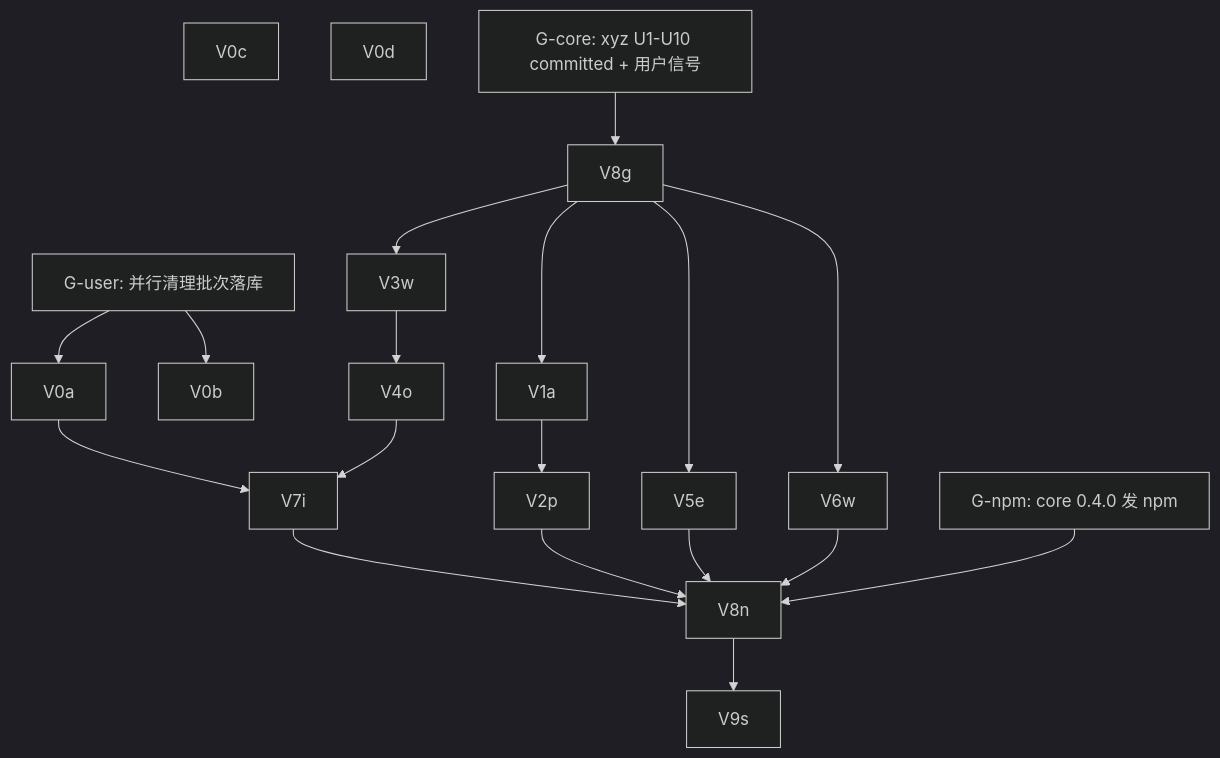
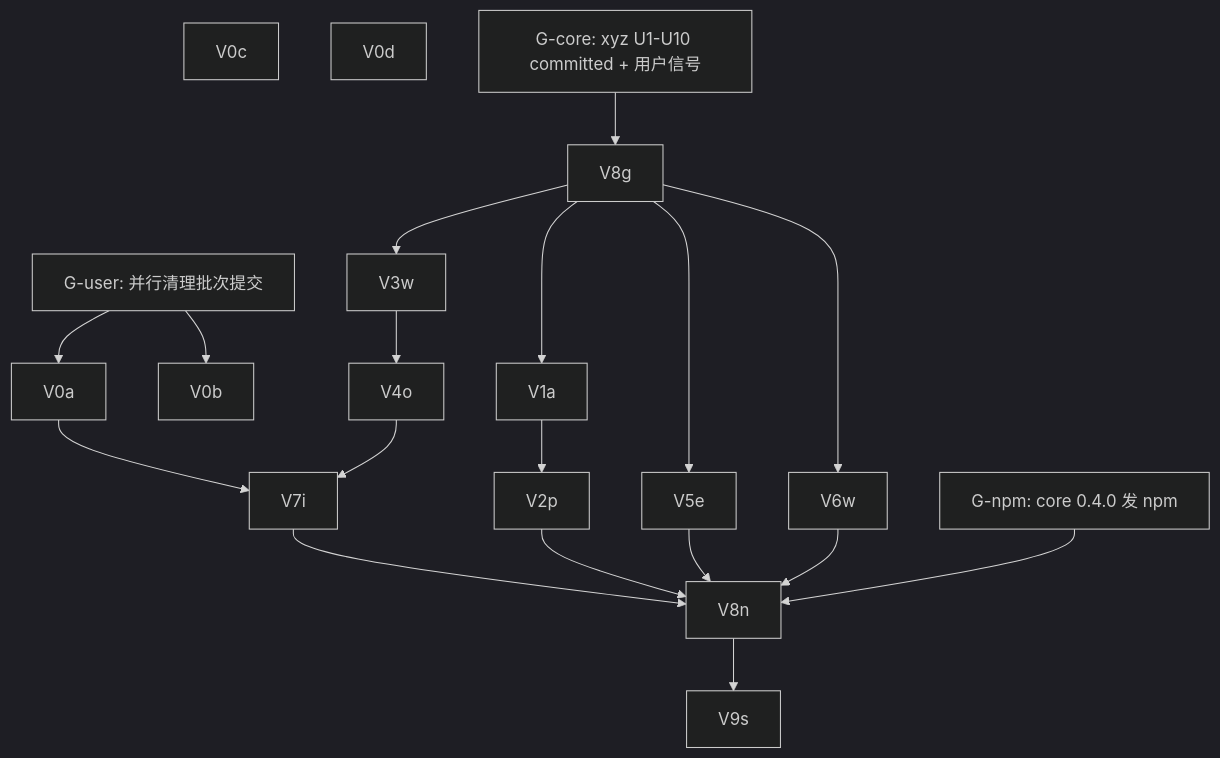
The diagram in docs/design/zsw-sink-adoption-design.impl-plan.md (zhushanwen321/zcode-plugins), drawn with Mermaid (dark theme) before and after one commit. The commit also changed other lines of this file and 34 other files, not shown here.

````diff
--- a/docs/design/zsw-sink-adoption-design.impl-plan.md
+++ b/docs/design/zsw-sink-adoption-design.impl-plan.md
@@ -52,20 +52,20 @@
 ```mermaid
 graph TD
-    Guser[G-user: 并行清理批次落库] --> V0a
+    Guser[G-user: 并行清理批次提交] --> V0a
     Guser --> V0b
     V0c
     V0d
     V0a --> V7i
     Gcore[G-core: xyz U1-U10 committed + 用户信号] --> V8g
     V8g --> V1a --> V2p
     V8g --> V3w --> V4o
     V8g --> V5e
     V8g --> V6w
     V4o --> V7i
     V7i --> V8n
     V2p --> V8n
     V5e --> V8n
     V6w --> V8n
     Gnpm[G-npm: core 0.4.0 发 npm] --> V8n
     V8n --> V9s
 ```
````
